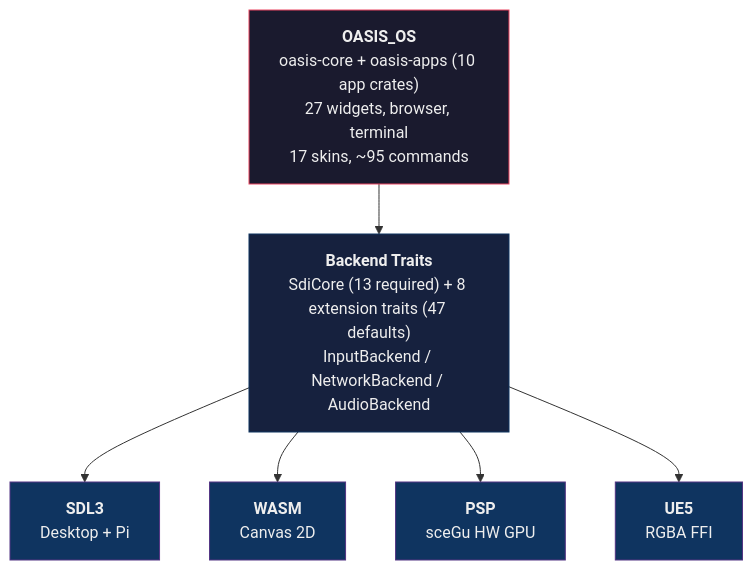
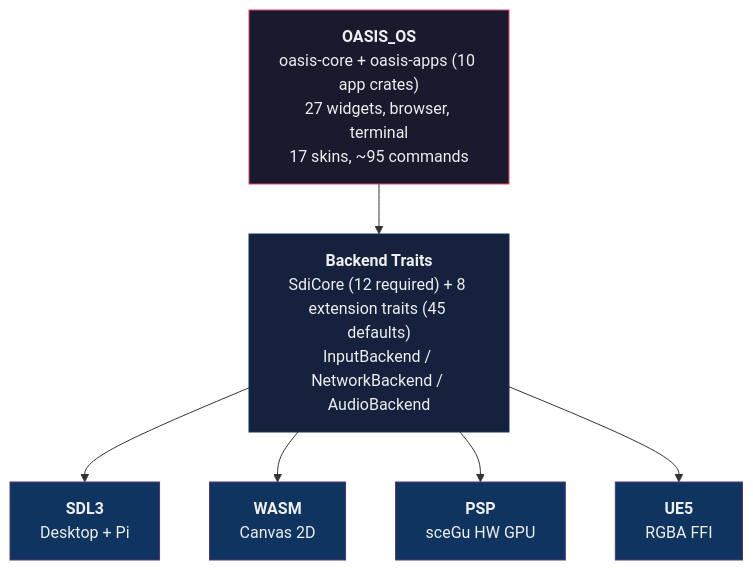
Before and after one commit to AndrewAltimit/oasis-os: the diagram in README.md, drawn with Mermaid. The commit also changed other lines of this file and 1 other file, not shown here.

Commit message:
docs: changelog for review fixes; README trait counts match the code

````diff
--- a/README.md
+++ b/README.md
@@ -92,23 +92,23 @@
 ```mermaid
 graph TD
     APP["<b>OASIS_OS</b><br/>oasis-core + oasis-apps (10 app crates)<br/>27 widgets, browser, terminal<br/>17 skins, ~95 commands"]
-    TRAITS["<b>Backend Traits</b><br/>SdiCore (13 required) + 8 extension traits (47 defaults)<br/>InputBackend / NetworkBackend / AudioBackend"]
+    TRAITS["<b>Backend Traits</b><br/>SdiCore (12 required) + 8 extension traits (45 defaults)<br/>InputBackend / NetworkBackend / AudioBackend"]
 
     SDL["<b>SDL3</b><br/>Desktop + Pi"]
     WASM["<b>WASM</b><br/>Canvas 2D"]
     PSP["<b>PSP</b><br/>sceGu HW GPU"]
     UE5["<b>UE5</b><br/>RGBA FFI"]
 
     APP --> TRAITS
     TRAITS --> SDL
     TRAITS --> WASM
     TRAITS --> PSP
     TRAITS --> UE5
 
     style APP fill:#1a1a2e,stroke:#e94560,color:#eee
     style TRAITS fill:#16213e,stroke:#0f3460,color:#eee
     style SDL fill:#0f3460,stroke:#533483,color:#eee
     style WASM fill:#0f3460,stroke:#533483,color:#eee
     style PSP fill:#0f3460,stroke:#533483,color:#eee
     style UE5 fill:#0f3460,stroke:#533483,color:#eee
 ```
````
